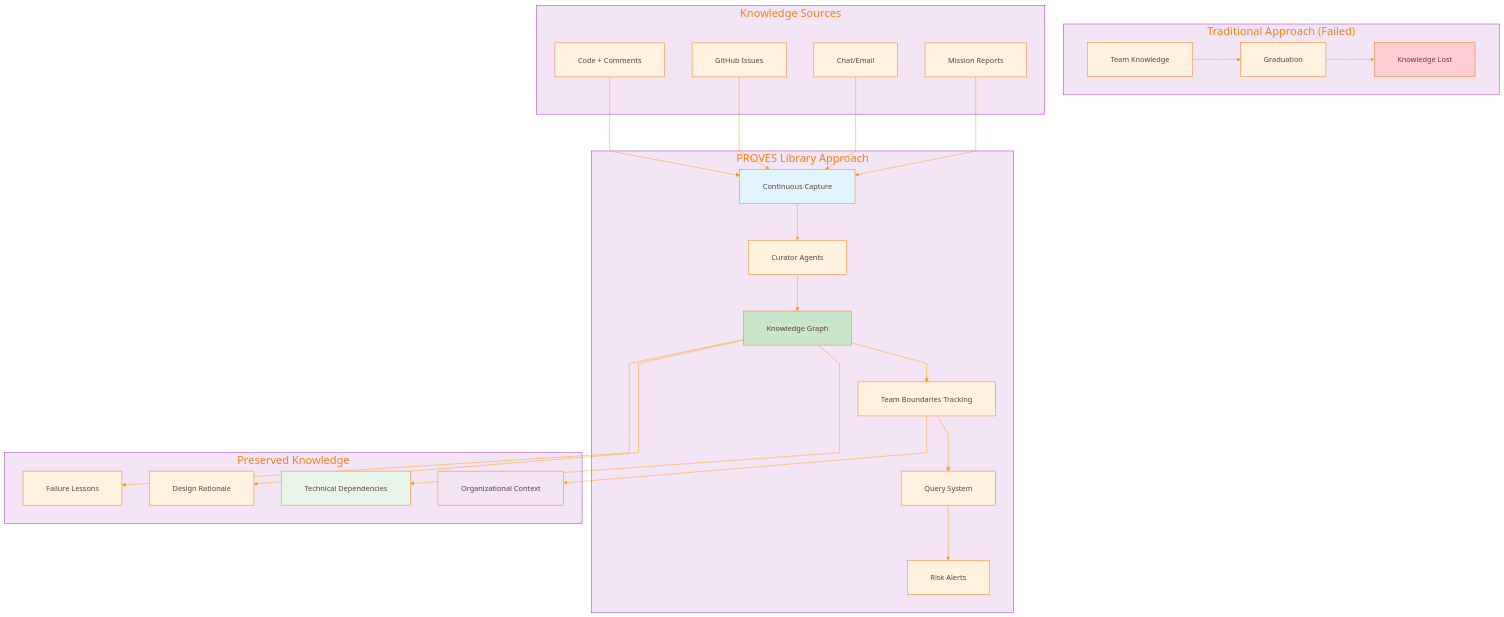
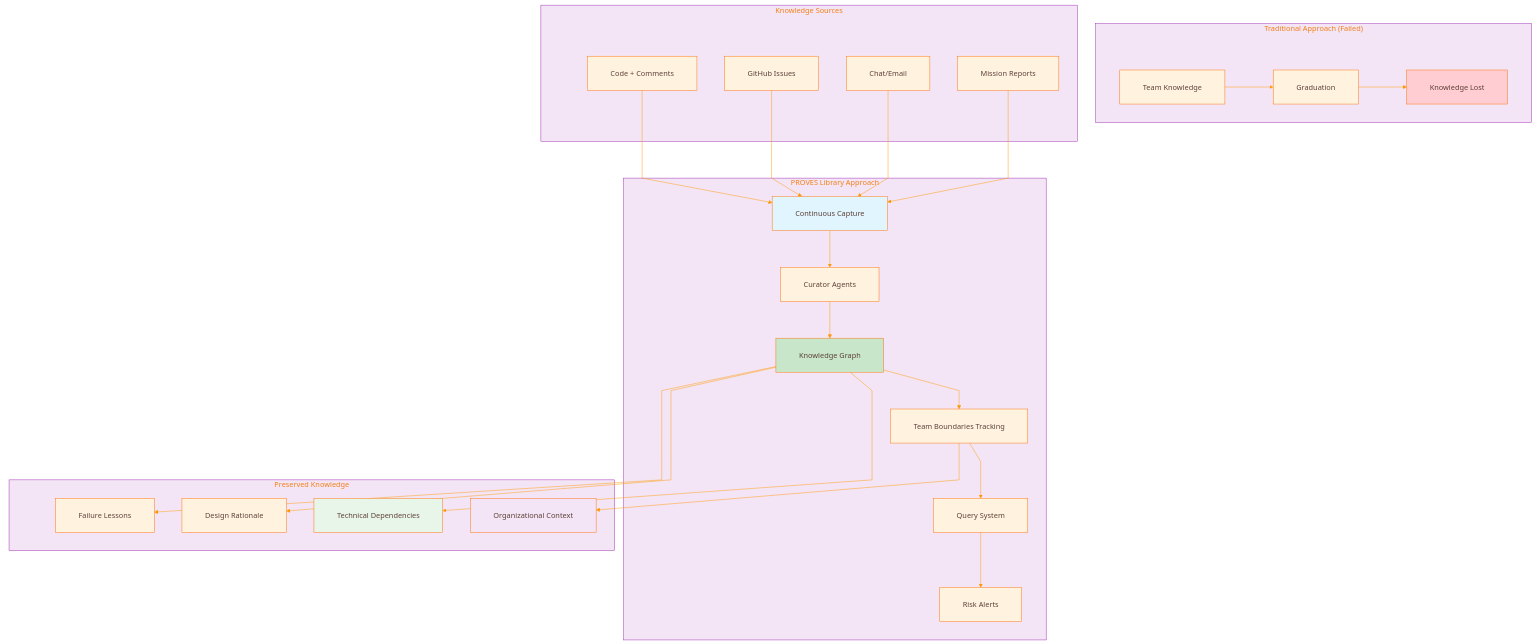
Before and after one commit to Lizo-RoadTown/PROVES_LIBRARY: the ninth of 9 diagrams in docs/diagrams/team-boundaries.md, drawn with Mermaid. The commit also changed other lines of this file and 6 other files, not shown here.

````diff
--- a/docs/diagrams/team-boundaries.md
+++ b/docs/diagrams/team-boundaries.md
@@ -2024,7 +2039,7 @@
 ---
 config:
   theme: base
-  fontSize: 20
+  fontSize: 16
   themeCSS: |
     .node rect, .cluster rect, .edgePath path { transition: filter 0.2s ease, stroke-width: 0.2s ease; }
     .node:hover rect, .cluster:hover rect, .edgePath:hover path { filter: drop-shadow(0 0 8px rgba(0,0,0,0.35)); stroke-width: 3px; }
@@ -2044,7 +2059,7 @@
     textColor: '#5D4037'
     lineColor: '#FF9800'
     fontFamily: '"Segoe UI", Tahoma, Geneva, Verdana, sans-serif'
-    fontSize: '24px'
+    fontSize: '16px'
     nodeBorder: '#FF6F00'
     mainBkg: '#FFF3E0'
     clusterBkg: '#F3E5F5'
@@ -2100,7 +2115,7 @@
     attributeBackgroundColorOdd: '#FFF8E1'
     attributeBackgroundColorEven: '#FFF3E0'
   gantt:
-    fontSize: 20
+    fontSize: 16
     barHeight: 24
     barGap: 6
     topPadding: 50
@@ -2207,6 +2222,7 @@
 ---
 flowchart TB
     subgraph "Traditional Approach (Failed)"
+        spacer12[ ]:::spacer
         TRAD_TEAM[Team Knowledge]
         TRAD_GRAD[Graduation]
         TRAD_LOSS[Knowledge Lost]
@@ -2216,6 +2232,7 @@
     end
 
     subgraph "PROVES Library Approach"
+        spacer13[ ]:::spacer
         LIB_CAPTURE[Continuous Capture]
         LIB_AGENTS[Curator Agents]
         LIB_GRAPH[Knowledge Graph]
@@ -2231,6 +2248,7 @@
     end
 
     subgraph "Knowledge Sources"
+        spacer14[ ]:::spacer
         SRC_CODE[Code + Comments]
         SRC_ISSUES[GitHub Issues]
         SRC_CHAT[Chat/Email]
@@ -2243,6 +2261,7 @@
     end
 
     subgraph "Preserved Knowledge"
+        spacer15[ ]:::spacer
         PRES_TECH[Technical Dependencies]
         PRES_ORG[Organizational Context]
         PRES_WHY[Design Rationale]
@@ -2262,4 +2281,5 @@
     %% Font sizing classes for consistency
     classDef default font-size:16px,font-family:Segoe UI,Tahoma,Geneva,Verdana,sans-serif;
     classDef diamond font-size:14px,font-family:Segoe UI,Tahoma,Geneva,Verdana,sans-serif;
+    classDef spacer fill:none,stroke:none,color:transparent,width:1px,height:1px;
 ```
````
